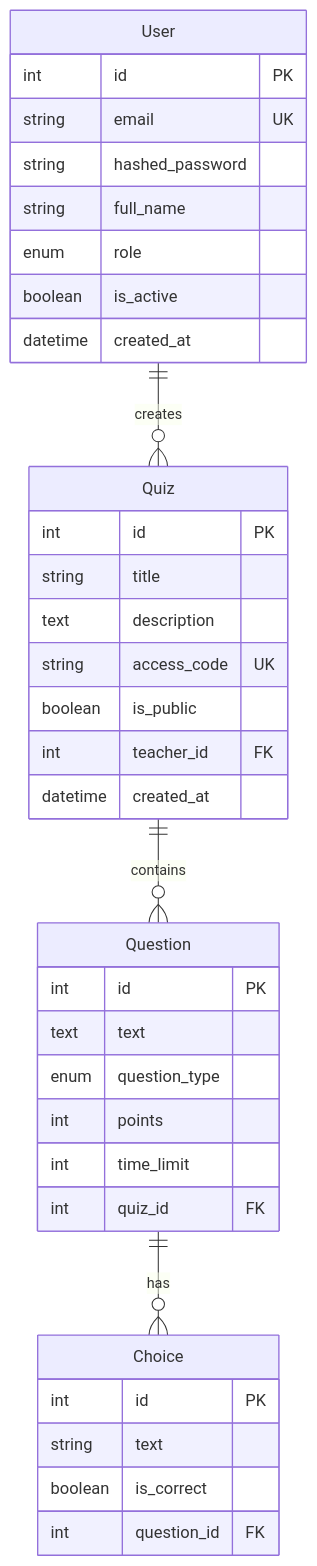
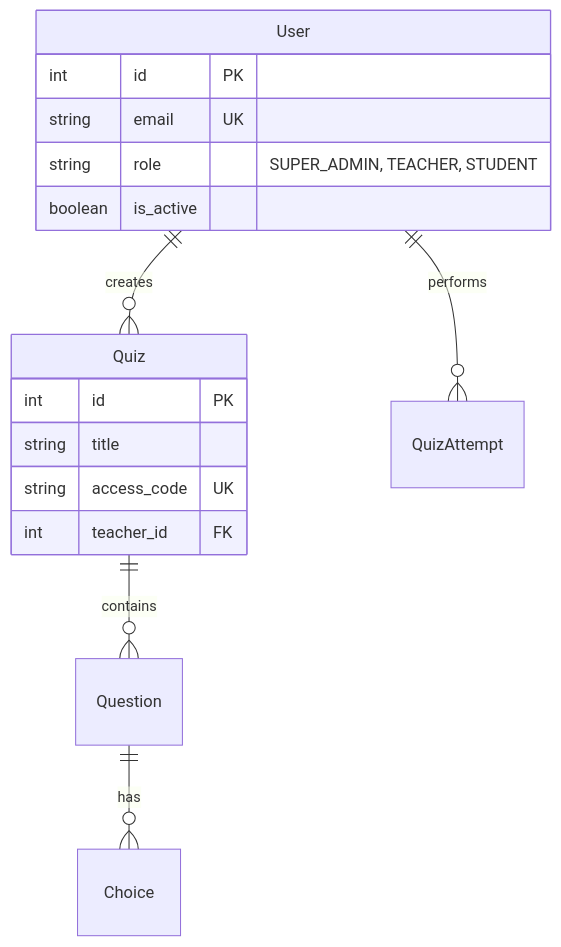
One commit to Mohamed6Tamer6/Zedny-Educational-Platform changed the diagram in README.md. Above: the diagram before and after it, drawn with Mermaid. The commit also changed other lines of this file and 1 other file, not shown here.

````diff
--- a/README.md
+++ b/README.md
@@ -300,42 +170,21 @@
 ```mermaid
 erDiagram
     User ||--o{ Quiz : creates
     Quiz ||--o{ Question : contains
     Question ||--o{ Choice : has
+    User ||--o{ QuizAttempt : performs
 
     User {
         int id PK
         string email UK
-        string hashed_password
-        string full_name
-        enum role
+        string role "SUPER_ADMIN, TEACHER, STUDENT"
         boolean is_active
-        datetime created_at
     }
 
     Quiz {
         int id PK
         string title
-        text description
         string access_code UK
-        boolean is_public
         int teacher_id FK
-        datetime created_at
-    }
-
-    Question {
-        int id PK
-        text text
-        enum question_type
-        int points
-        int time_limit
-        int quiz_id FK
-    }
-
-    Choice {
-        int id PK
-        string text
-        boolean is_correct
-        int question_id FK
     }
 ```
````
